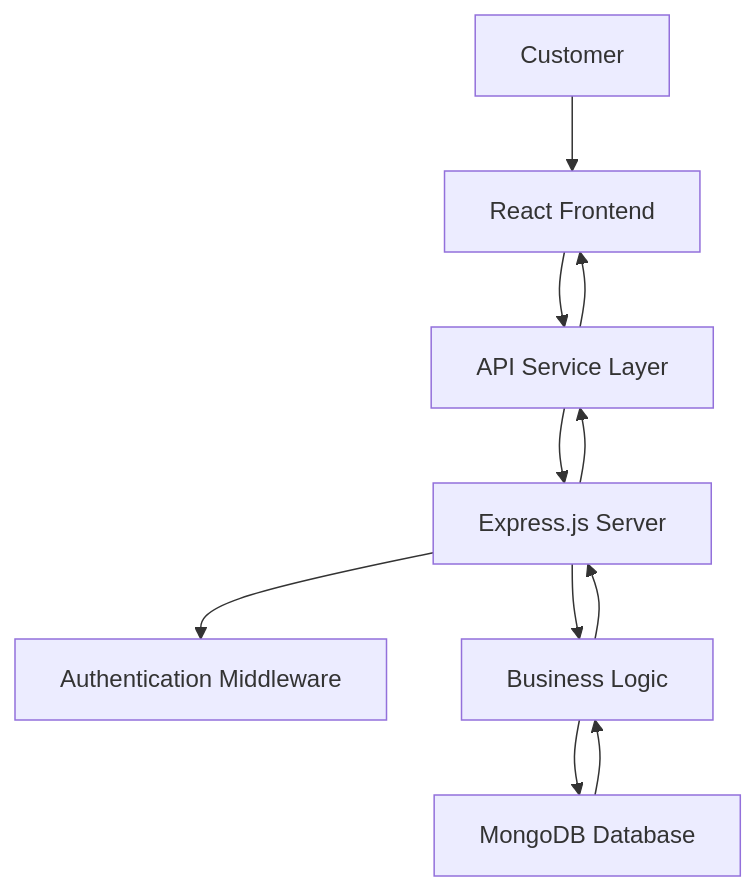
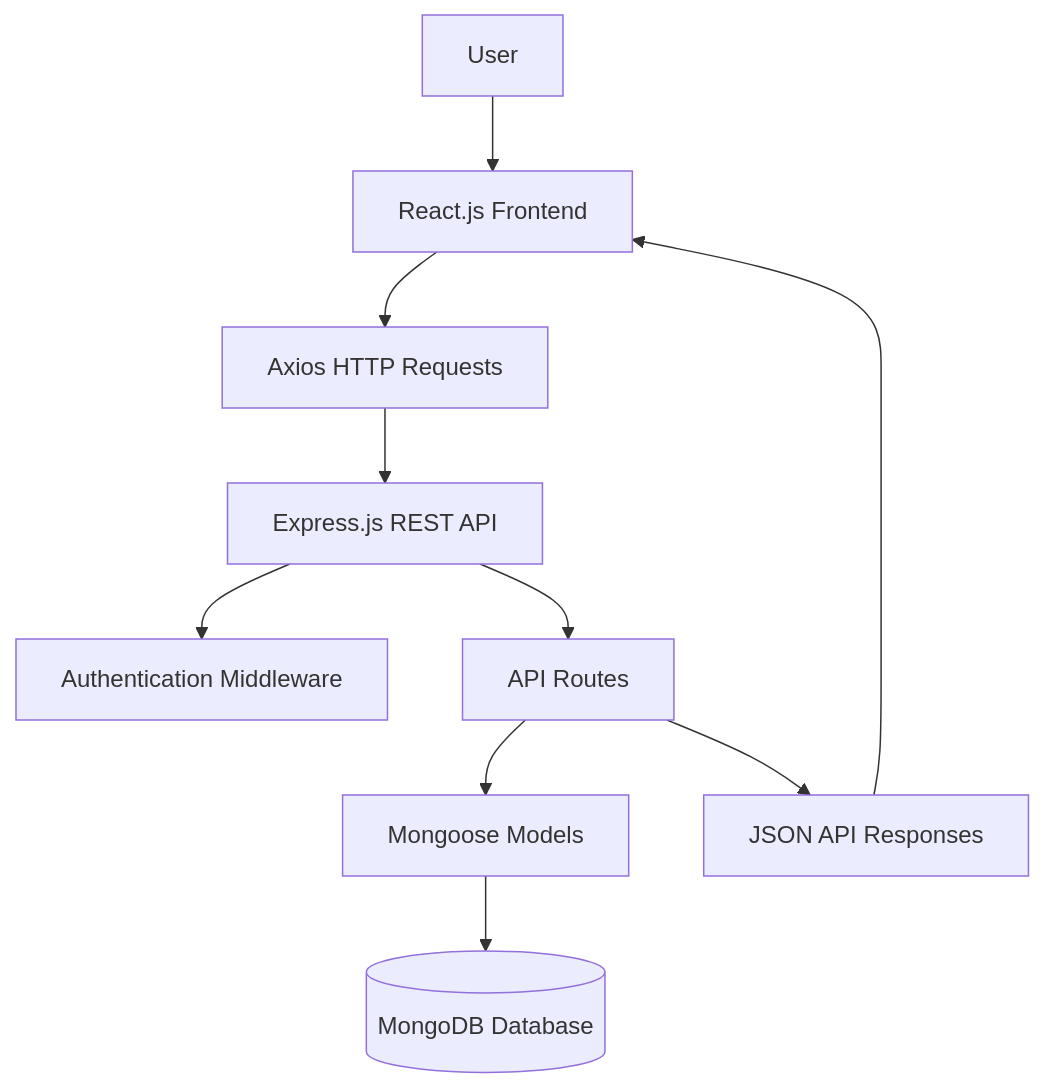
One commit to SakalaRahul/ShopEase-Advanced-E-Commerce-Web-Application changed the first of 2 diagrams in README.md. Above: the diagram before and after it, drawn with Mermaid. The commit also changed other lines of this file, not shown here.

````diff
--- a/README.md
+++ b/README.md
@@ -82,13 +88,12 @@
 ```mermaid
 flowchart TD
-    A[Customer] --> B[React Frontend]
-    B --> C[API Service Layer]
-    C --> D[Express.js Server]
+    A[User] --> B[React.js Frontend]
+    B --> C[Axios HTTP Requests]
+    C --> D[Express.js REST API]
     D --> E[Authentication Middleware]
-    D --> F[Business Logic]
-    F --> G[MongoDB Database]
-    G --> F
-    F --> D
-    D --> C
-    C --> B
+    D --> F[API Routes]
+    F --> G[Mongoose Models]
+    G --> H[(MongoDB Database)]
+    F --> I[JSON API Responses]
+    I --> B
 ```
````
